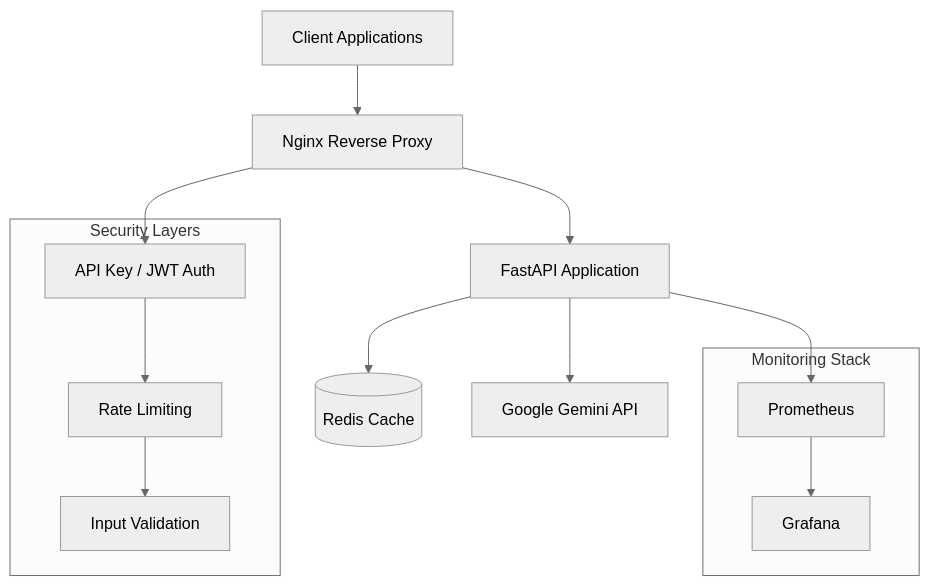
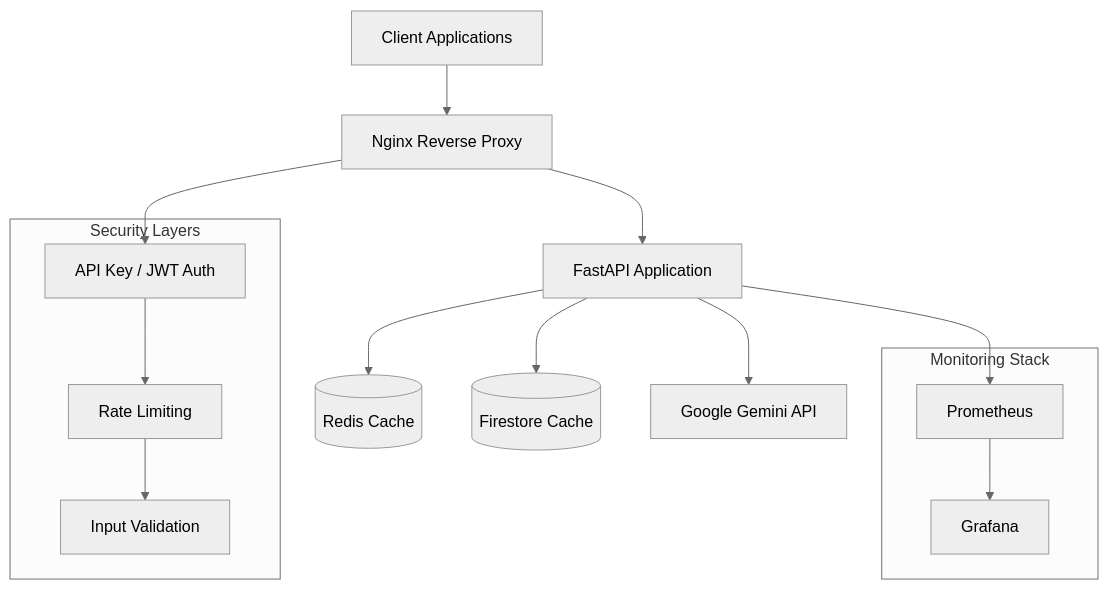
The diagram in README.md (8848man/gemini_api_server), drawn with Mermaid (neutral theme) before and after one commit.

````diff
--- a/README.md
+++ b/README.md
@@ -39,25 +39,26 @@
 ```mermaid
 graph TB
     Client[Client Applications] --> Nginx[Nginx Reverse Proxy]
     Nginx --> API[FastAPI Application]
     API --> Redis[(Redis Cache)]
+    API --> Firestore[(Firestore Cache)]
     API --> Gemini[Google Gemini API]
     
     subgraph "Monitoring Stack"
         Prometheus[Prometheus]
         Grafana[Grafana]
     end
     
     API --> Prometheus
     Prometheus --> Grafana
     
     subgraph "Security Layers"
         Auth[API Key / JWT Auth]
         RateLimit[Rate Limiting]
         Validation[Input Validation]
     end
     
     Nginx --> Auth
     Auth --> RateLimit
     RateLimit --> Validation
 ```
````
